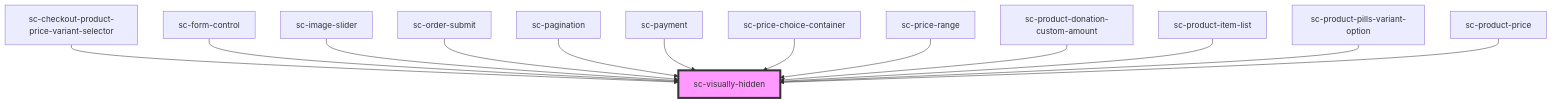
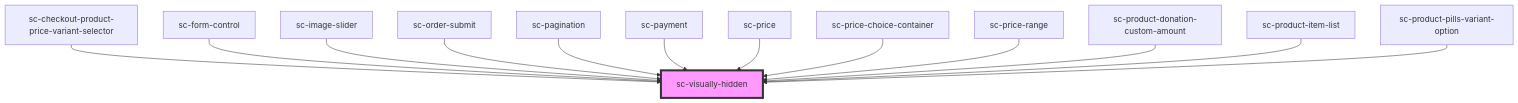
One commit to surecart/surecart-wp-plugin changed the diagram in packages/components/src/components/util/visually-hidden/readme.md. Above: the diagram before and after it, drawn with Mermaid. The commit also changed other lines of this file and 29 other files, not shown here.

````diff
--- a/packages/components/src/components/util/visually-hidden/readme.md
+++ b/packages/components/src/components/util/visually-hidden/readme.md
@@ -26,16 +26,16 @@
 ```mermaid
 graph TD;
   sc-checkout-product-price-variant-selector --> sc-visually-hidden
   sc-form-control --> sc-visually-hidden
   sc-image-slider --> sc-visually-hidden
   sc-order-submit --> sc-visually-hidden
   sc-pagination --> sc-visually-hidden
   sc-payment --> sc-visually-hidden
+  sc-price --> sc-visually-hidden
   sc-price-choice-container --> sc-visually-hidden
   sc-price-range --> sc-visually-hidden
   sc-product-donation-custom-amount --> sc-visually-hidden
   sc-product-item-list --> sc-visually-hidden
   sc-product-pills-variant-option --> sc-visually-hidden
-  sc-product-price --> sc-visually-hidden
   style sc-visually-hidden fill:#f9f,stroke:#333,stroke-width:4px
 ```
````
